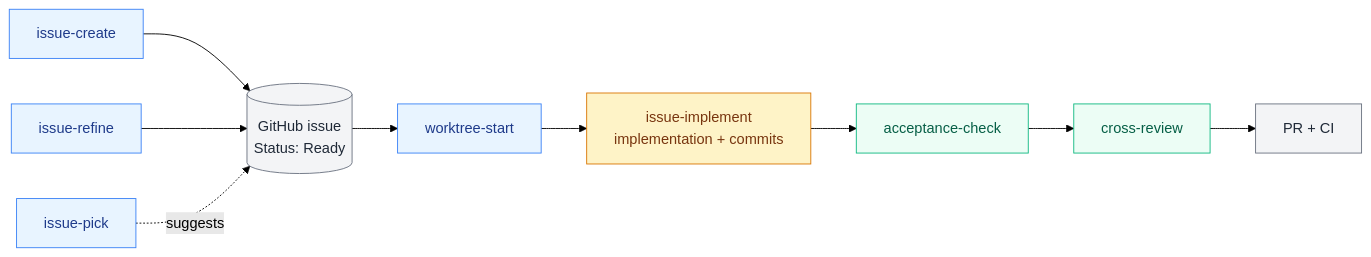
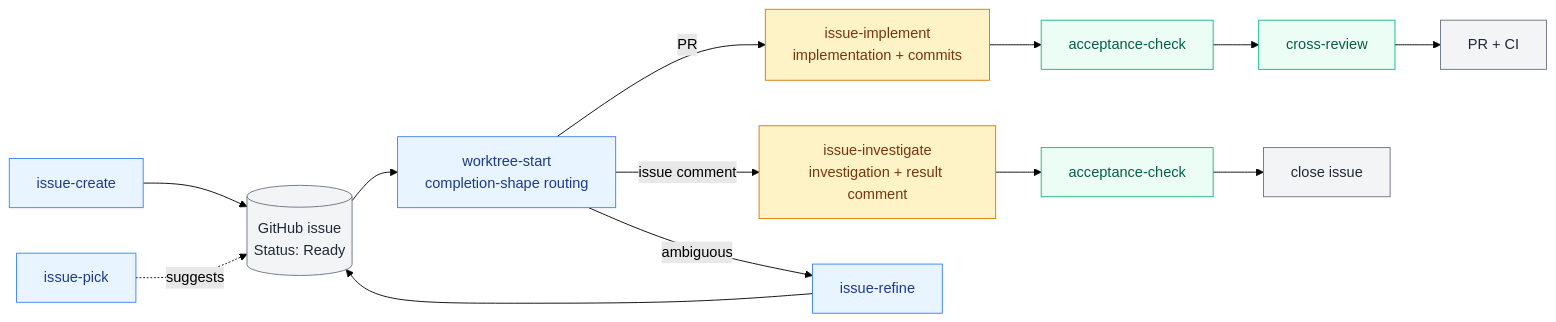
Before and after one commit to hirokisakabe/issuekit: the diagram in README.md, drawn with Mermaid (forest theme). The commit also changed other lines of this file and 7 other files, not shown here.

Commit message:
feat: add comment-based investigation workflow

````diff
--- a/README.md
+++ b/README.md
@@ -111,21 +112,25 @@
 ```mermaid
 flowchart LR
     A[issue-create] --> I[(GitHub issue<br/>Status: Ready)]
     R[issue-refine] --> I
     P[issue-pick] -. suggests .-> I
-    I --> W[worktree-start]
-    W --> IMPL[issue-implement<br/>implementation + commits]
+    I --> W[worktree-start<br/>completion-shape routing]
+    W -->|PR| IMPL[issue-implement<br/>implementation + commits]
+    W -->|issue comment| INV[issue-investigate<br/>investigation + result comment]
+    W -->|ambiguous| R
     IMPL --> AC[acceptance-check]
     AC --> CR[cross-review]
     CR --> C[PR + CI]
+    INV --> AC2[acceptance-check]
+    AC2 --> IC[close issue]
 
     classDef entry fill:#e8f4ff,stroke:#3b82f6,color:#1e3a8a
     classDef orch  fill:#fef3c7,stroke:#d97706,color:#78350f
     classDef ver   fill:#ecfdf5,stroke:#10b981,color:#065f46
     classDef out   fill:#f3f4f6,stroke:#6b7280,color:#1f2937
 
     class A,R,P,W entry
-    class IMPL orch
-    class CR,AC ver
-    class I,C out
+    class IMPL,INV orch
+    class CR,AC,AC2 ver
+    class I,C,IC out
 ```
````
